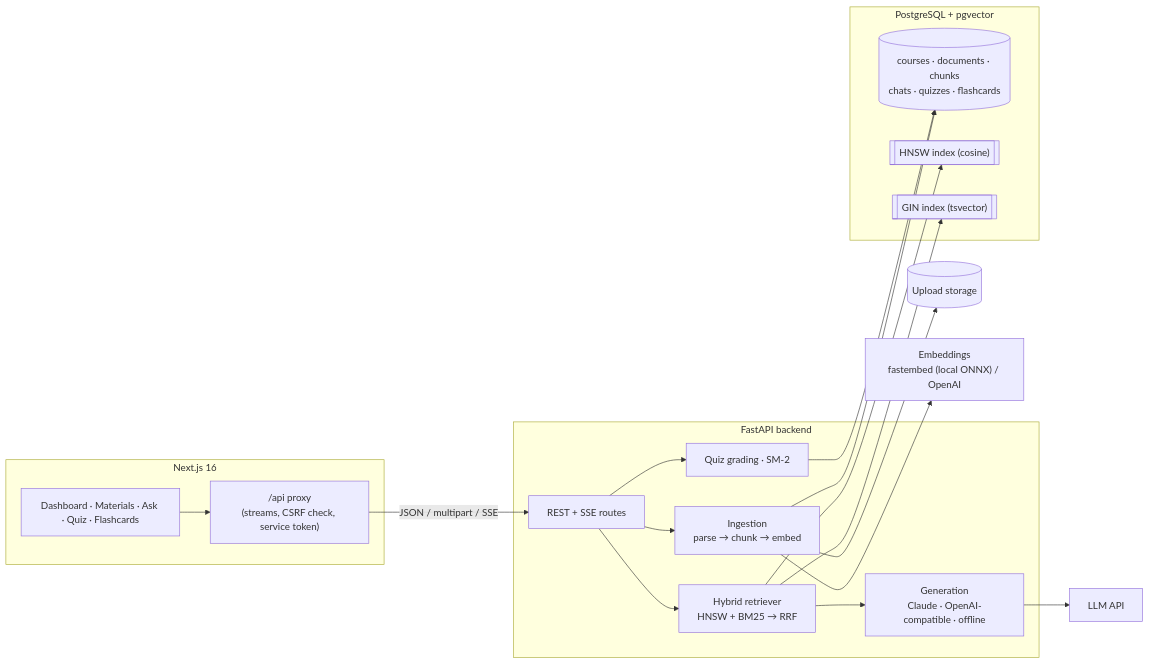
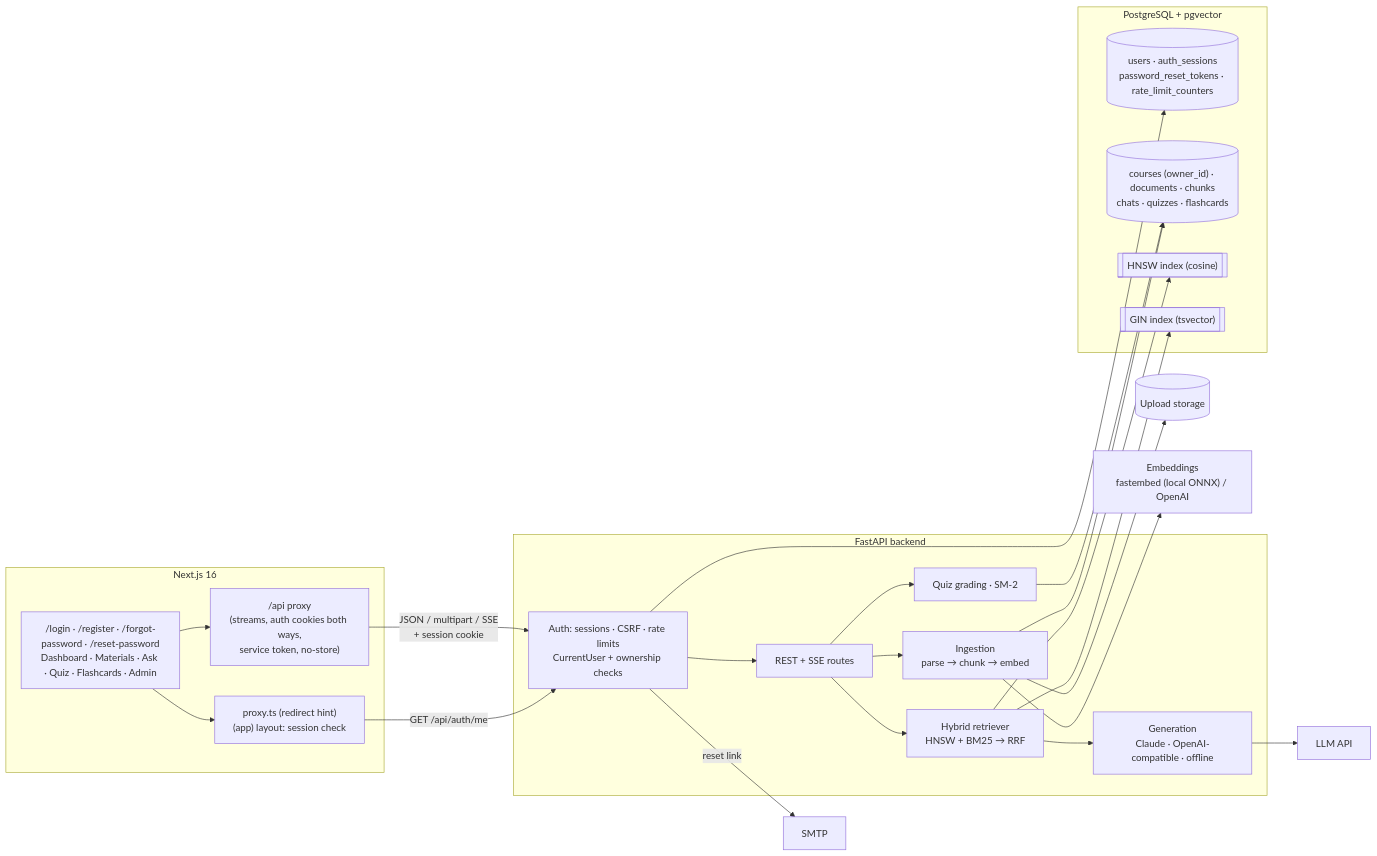
Before and after one commit to Elysia0126/ai-course-assistant: the first of 2 diagrams in README.md, drawn with Mermaid. The commit also changed other lines of this file and 12 other files, not shown here.

````diff
--- a/README.md
+++ b/README.md
@@ -77,36 +83,45 @@
 ```mermaid
 flowchart LR
     subgraph Web["Next.js 16"]
-        UI["Dashboard · Materials · Ask · Quiz · Flashcards"]
-        Proxy["/api proxy<br/>(streams, CSRF check, service token)"]
+        Pages["/login · /register · /forgot-password · /reset-password<br/>Dashboard · Materials · Ask · Quiz · Flashcards · Admin"]
+        Guard["proxy.ts (redirect hint)<br/>(app) layout: session check"]
+        Proxy["/api proxy<br/>(streams, auth cookies both ways,<br/>service token, no-store)"]
     end
 
     subgraph API["FastAPI backend"]
+        Auth["Auth: sessions · CSRF · rate limits<br/>CurrentUser + ownership checks"]
         Routes["REST + SSE routes"]
         Ingest["Ingestion<br/>parse → chunk → embed"]
         Retriever["Hybrid retriever<br/>HNSW + BM25 → RRF"]
         Gen["Generation<br/>Claude · OpenAI-compatible · offline"]
         Study["Quiz grading · SM-2"]
     end
 
     subgraph Data["PostgreSQL + pgvector"]
-        Tables[("courses · documents · chunks<br/>chats · quizzes · flashcards")]
+        Accounts[("users · auth_sessions<br/>password_reset_tokens · rate_limit_counters")]
+        Tables[("courses (owner_id) · documents · chunks<br/>chats · quizzes · flashcards")]
         HNSW[["HNSW index (cosine)"]]
         GIN[["GIN index (tsvector)"]]
     end
 
     Files[("Upload storage")]
     Embed["Embeddings<br/>fastembed (local ONNX) / OpenAI"]
     LLM["LLM API"]
+    SMTP["SMTP"]
 
-    UI --> Proxy
-    Proxy -- "JSON / multipart / SSE" --> Routes
+    Pages --> Guard
+    Guard -- "GET /api/auth/me" --> Auth
+    Pages --> Proxy
+    Proxy -- "JSON / multipart / SSE<br/>+ session cookie" --> Auth
+    Auth --> Accounts
+    Auth --> Routes
+    Auth -- "reset link" --> SMTP
     Routes --> Ingest & Retriever & Study
     Ingest --> Files
     Ingest --> Embed
     Ingest --> Tables
     Retriever --> HNSW & GIN
     Retriever --> Gen
     Gen --> LLM
     Study --> Tables
 ```
````
